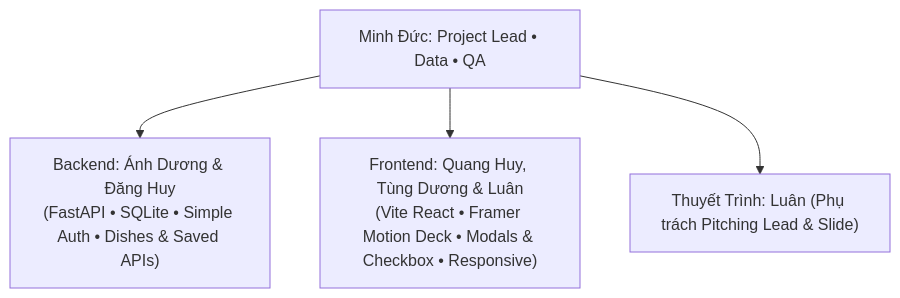
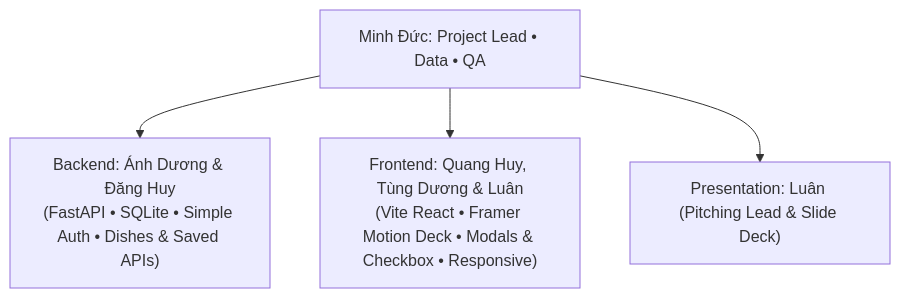
Before and after one commit to snowwminhduc1212/YumYumPick: the second of 2 diagrams in README.md, drawn with Mermaid. The commit also changed other lines of this file and 1 other file, not shown here.

````diff
--- a/README.md
+++ b/README.md
@@ -140,7 +138,7 @@
 ```mermaid
 flowchart TD
     Lead["Minh Đức: Project Lead • Data • QA"]
     Lead --> BE["Backend: Ánh Dương & Đăng Huy\n(FastAPI • SQLite • Simple Auth • Dishes & Saved APIs)"]
     Lead --> FE["Frontend: Quang Huy, Tùng Dương & Luân\n(Vite React • Framer Motion Deck • Modals & Checkbox • Responsive)"]
-    Lead --> PITCH["Thuyết Trình: Luân (Phụ trách Pitching Lead & Slide)"]
+    Lead --> PITCH["Presentation: Luân (Pitching Lead & Slide Deck)"]
 ```
````
